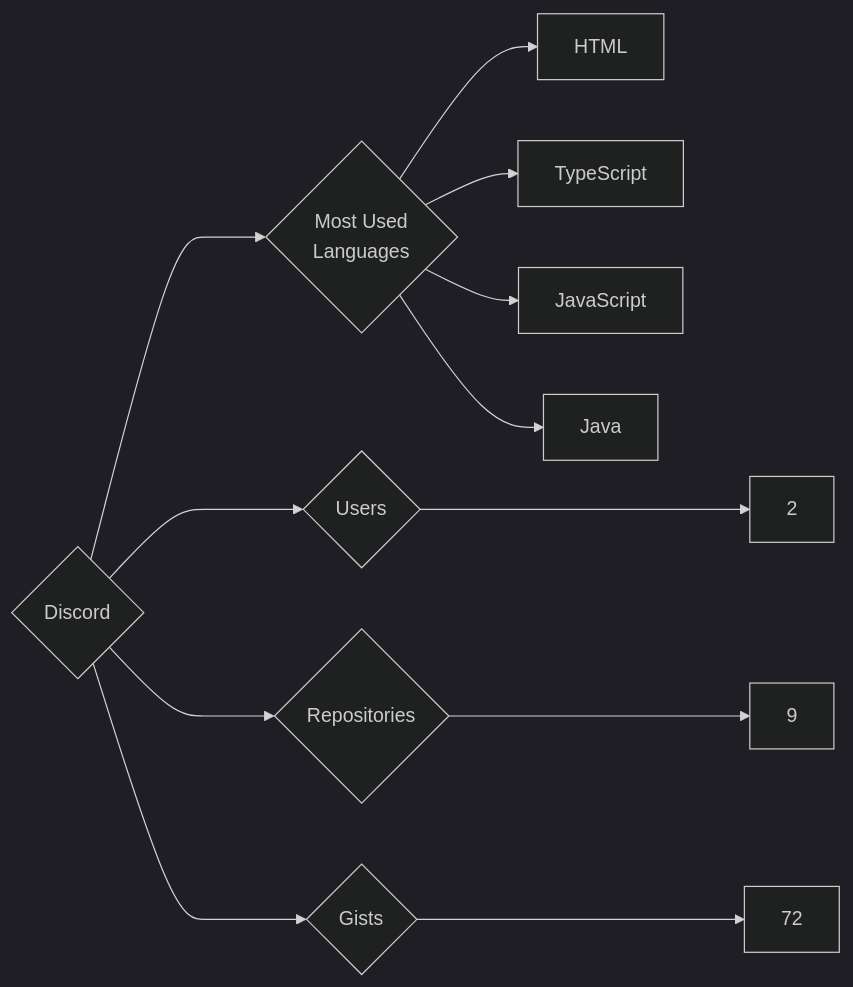
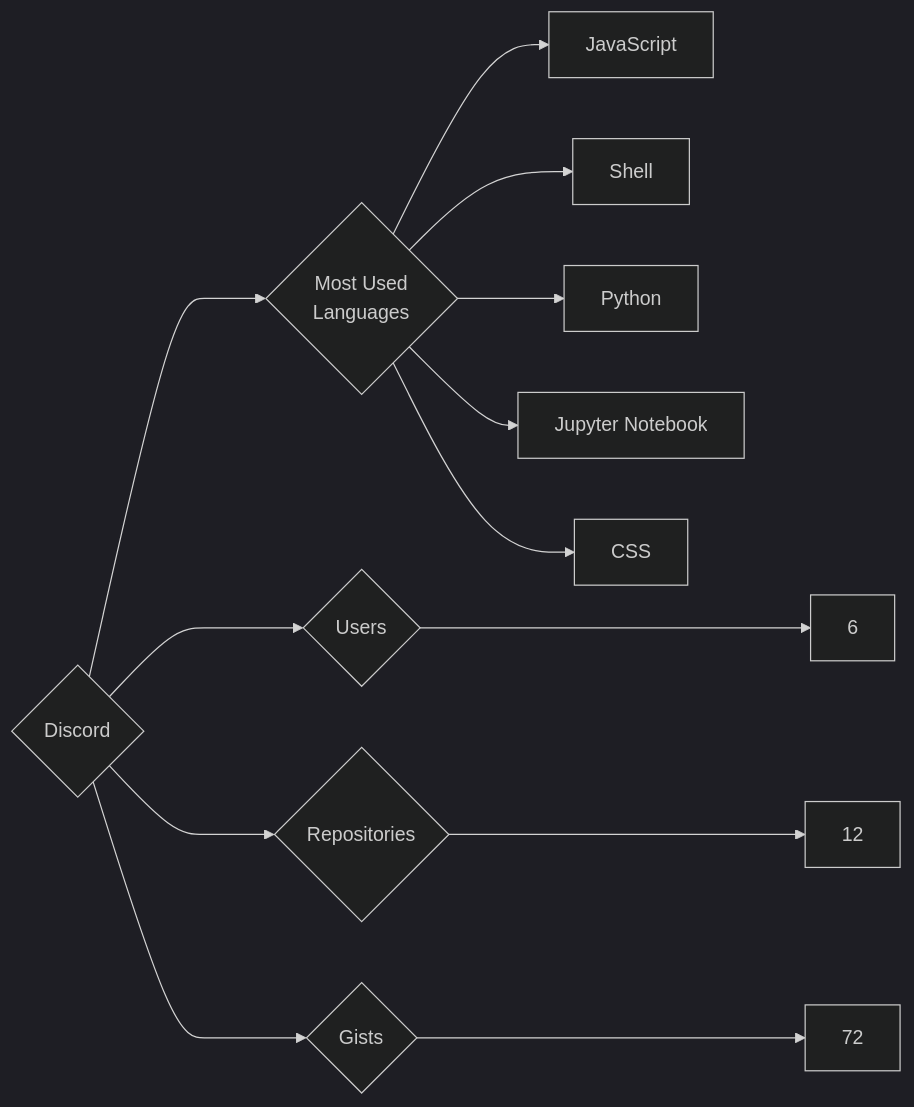
One commit to trickest/insiders changed the diagram in targets/Discord/README.md. Above: the diagram before and after it, drawn with Mermaid (dark theme). The commit also changed 1003 other files, not shown here.

````diff
--- a/targets/Discord/README.md
+++ b/targets/Discord/README.md
@@ -3,12 +3,13 @@
 ```mermaid
 graph LR
 COMPANY_NAME{Discord}
-COMPANY_NAME ---> U{Users} ---> UN[2]
-COMPANY_NAME ---> R{Repositories} ---> RN[9]
+COMPANY_NAME ---> U{Users} ---> UN[6]
+COMPANY_NAME ---> R{Repositories} ---> RN[12]
 COMPANY_NAME ---> G{Gists} ---> GN[72]
 COMPANY_NAME ---> ML{Most Used<br>Languages}
-ML --> HTML[HTML]
-ML --> TypeScript[TypeScript]
 ML --> JavaScript[JavaScript]
-ML --> Java[Java]
+ML --> Shell[Shell]
+ML --> Python[Python]
+ML --> Jupyter_Notebook[Jupyter Notebook]
+ML --> CSS[CSS]
 ```
````
